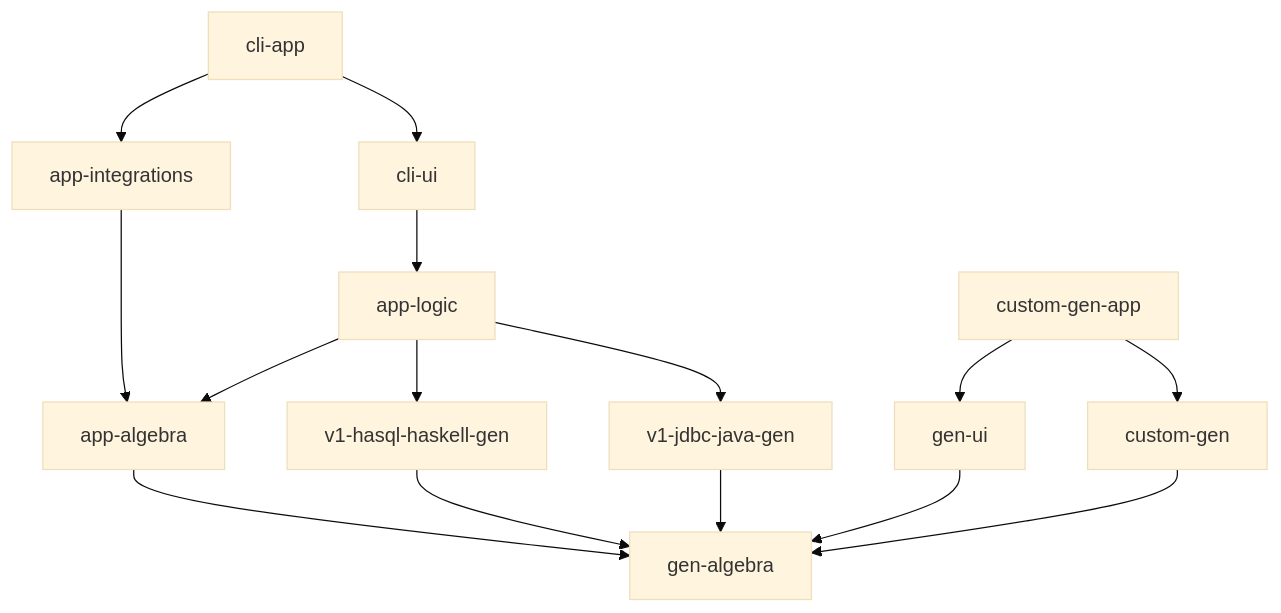
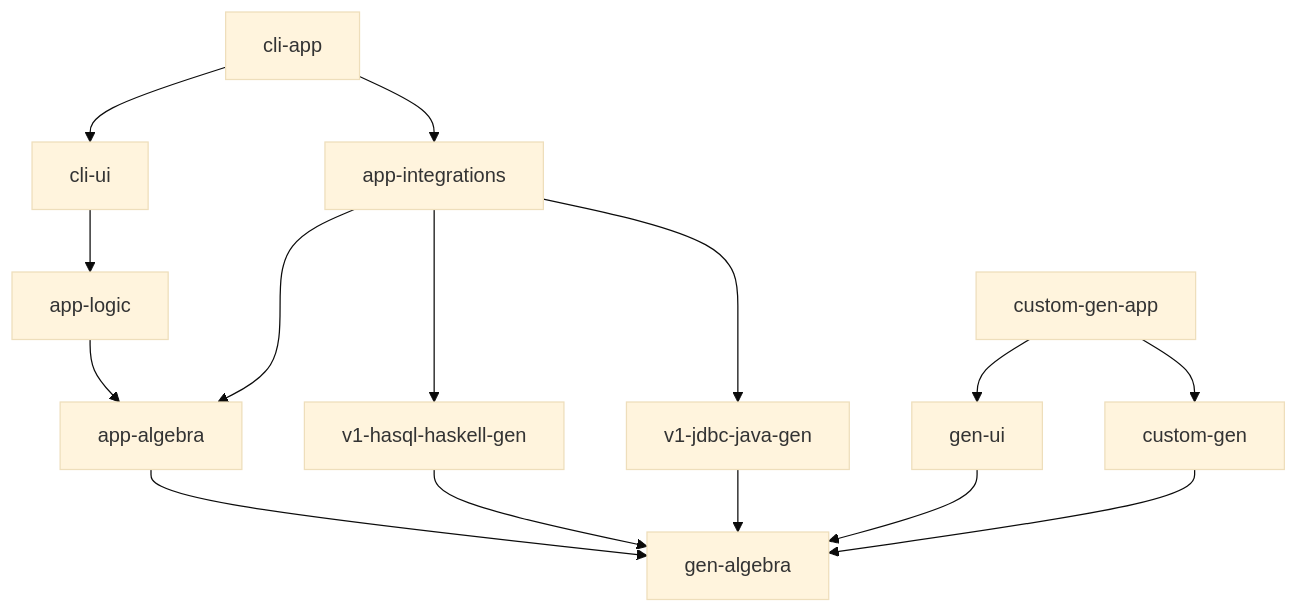
Before and after one commit to pgenie-io/pgenie: the second of 2 diagrams in design/aulia-architecture.md, drawn with Mermaid (base theme). The commit also changed other lines of this file, not shown here.

Commit message:
Update arch

````diff
--- a/design/aulia-architecture.md
+++ b/design/aulia-architecture.md
@@ -26,18 +26,18 @@
 ```mermaid
 flowchart TD
 
+app-logic --> app-algebra
 app-integrations ---> app-algebra
-app-logic --> app-algebra
-app-logic --> v1-hasql-haskell-gen
-app-logic --> v1-jdbc-java-gen
+app-integrations --> v1-hasql-haskell-gen
+app-integrations --> v1-jdbc-java-gen
 cli-ui --> app-logic
 cli-app --> app-integrations
 cli-app --> cli-ui
 custom-gen-app --> gen-ui
 app-algebra --> gen-algebra
 v1-hasql-haskell-gen --> gen-algebra
 v1-jdbc-java-gen --> gen-algebra
 gen-ui --> gen-algebra
 custom-gen-app --> custom-gen
 custom-gen --> gen-algebra
 ```
````
